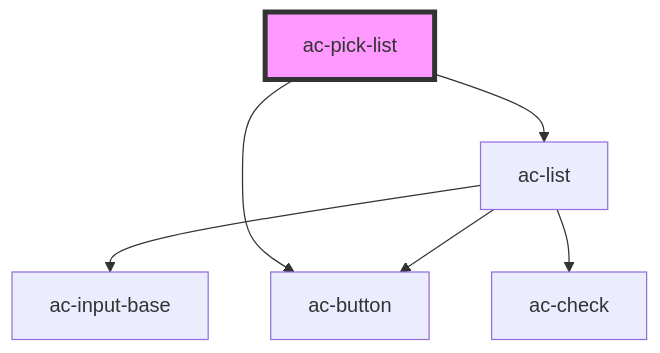
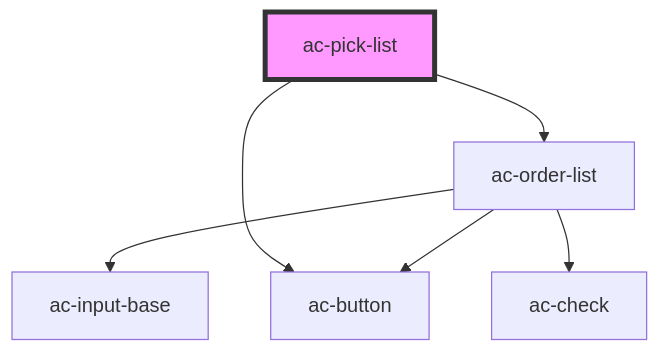
One commit to accera-tech/solar-components changed the diagram in src/components/organisms/ac-pick-list/readme.md. Above: the diagram before and after it, drawn with Mermaid. The commit also changed other lines of this file and 19 other files, not shown here.

````diff
--- a/src/components/organisms/ac-pick-list/readme.md
+++ b/src/components/organisms/ac-pick-list/readme.md
@@ -44,9 +44,9 @@
 ```mermaid
 graph TD;
-  ac-pick-list --> ac-list
+  ac-pick-list --> ac-order-list
   ac-pick-list --> ac-button
-  ac-list --> ac-input-base
-  ac-list --> ac-button
-  ac-list --> ac-check
+  ac-order-list --> ac-input-base
+  ac-order-list --> ac-button
+  ac-order-list --> ac-check
   style ac-pick-list fill:#f9f,stroke:#333,stroke-width:4px
 ```
````
